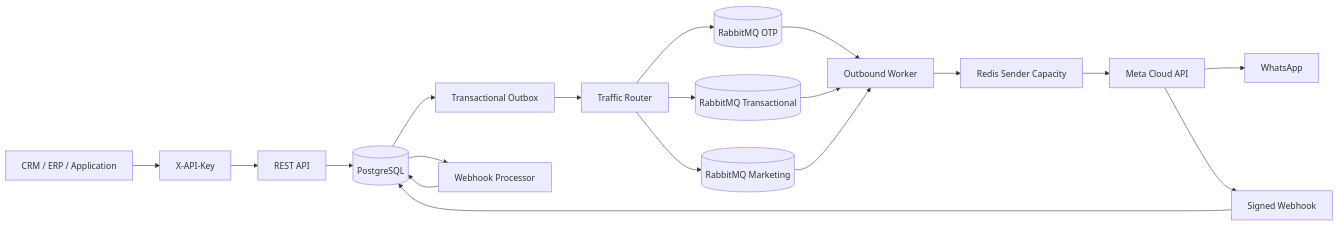
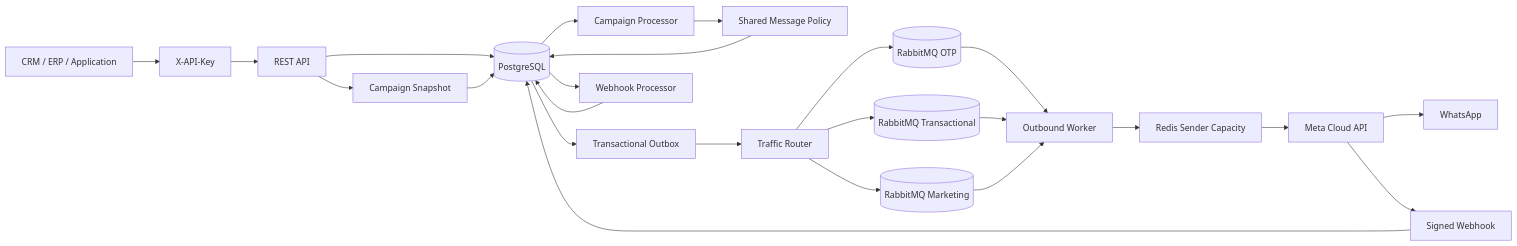
Before and after one commit to netctc/apiWhatsApp: the diagram in README.md, drawn with Mermaid. The commit also changed other lines of this file, not shown here.

Commit message:
docs: document campaign foundation release

````diff
--- a/README.md
+++ b/README.md
@@ -31,21 +33,26 @@
 ```mermaid
 flowchart LR
     Client[CRM / ERP / Application] --> Auth[X-API-Key]
     Auth --> API[REST API]
     API --> DB[(PostgreSQL)]
+    API --> Campaign[Campaign Snapshot]
+    Campaign --> DB
+    DB --> CampaignProcessor[Campaign Processor]
+    CampaignProcessor --> MessageAPI[Shared Message Policy]
+    MessageAPI --> DB
     DB --> Outbox[Transactional Outbox]
     Outbox --> Router[Traffic Router]
     Router --> OTP[(RabbitMQ OTP)]
     Router --> TX[(RabbitMQ Transactional)]
     Router --> MKT[(RabbitMQ Marketing)]
     OTP --> Worker[Outbound Worker]
     TX --> Worker
     MKT --> Worker
     Worker --> Rate[Redis Sender Capacity]
     Rate --> Meta[Meta Cloud API]
     Meta --> WA[WhatsApp]
     Meta --> Webhook[Signed Webhook]
     Webhook --> DB
     DB --> Processor[Webhook Processor]
     Processor --> DB
 ```
````
